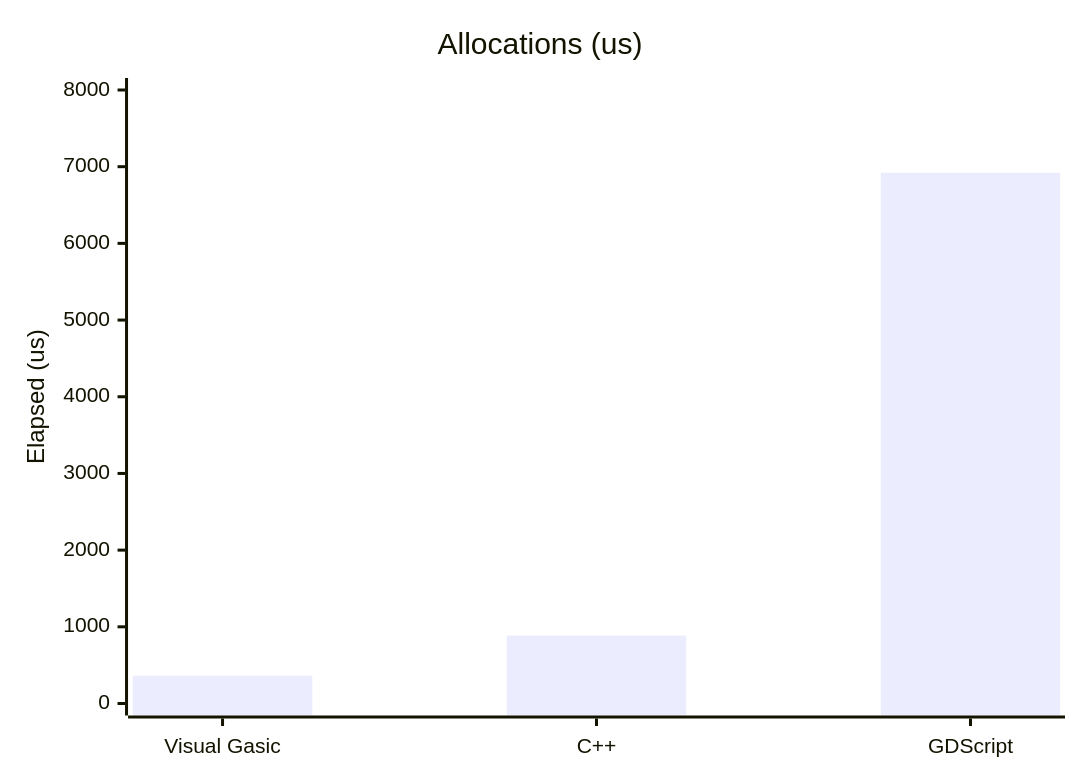
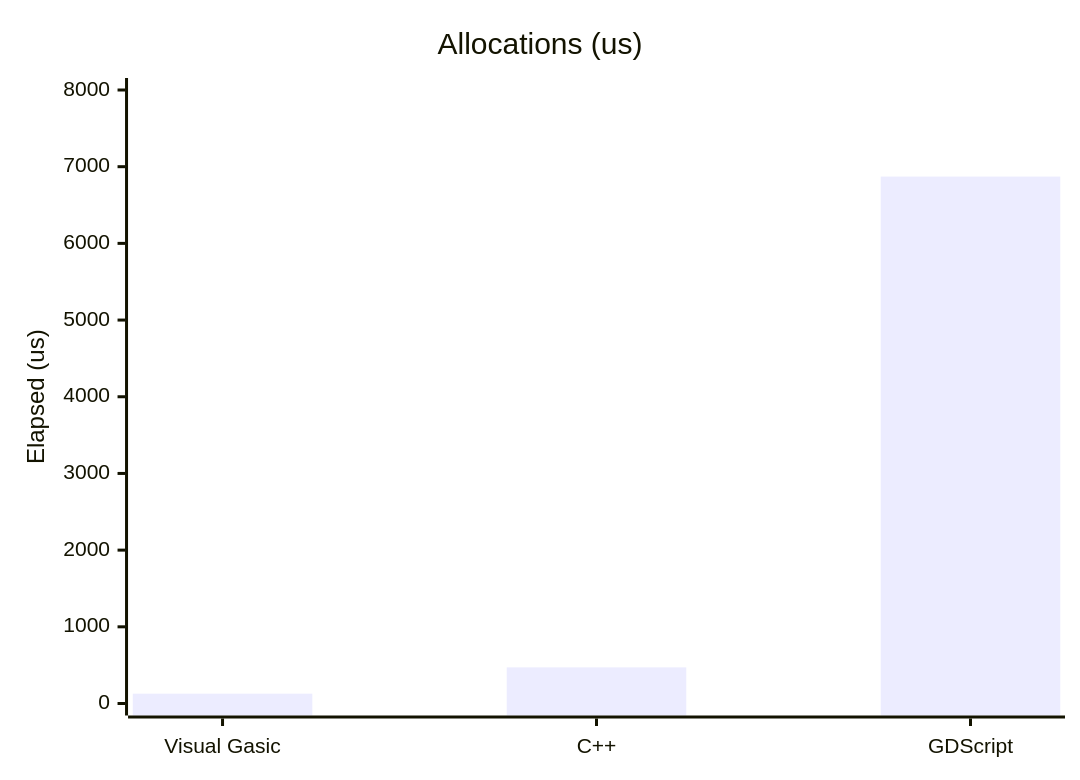
The fifth of 11 diagrams in docs/manual/performance.md (xgreenrx-star/VisualGasic), drawn with Mermaid before and after one commit. The commit also changed other lines of this file and 3 other files, not shown here.

````diff
--- a/docs/manual/performance.md
+++ b/docs/manual/performance.md
@@ -113,7 +121,7 @@
 ```mermaid
 xychart-beta
     title "Allocations (us)"
     x-axis ["Visual Gasic","C++","GDScript"]
     y-axis "Elapsed (us)" 0 --> 8000
-    bar [363,886,6921]
+    bar [128,471,6871]
 ```
````
